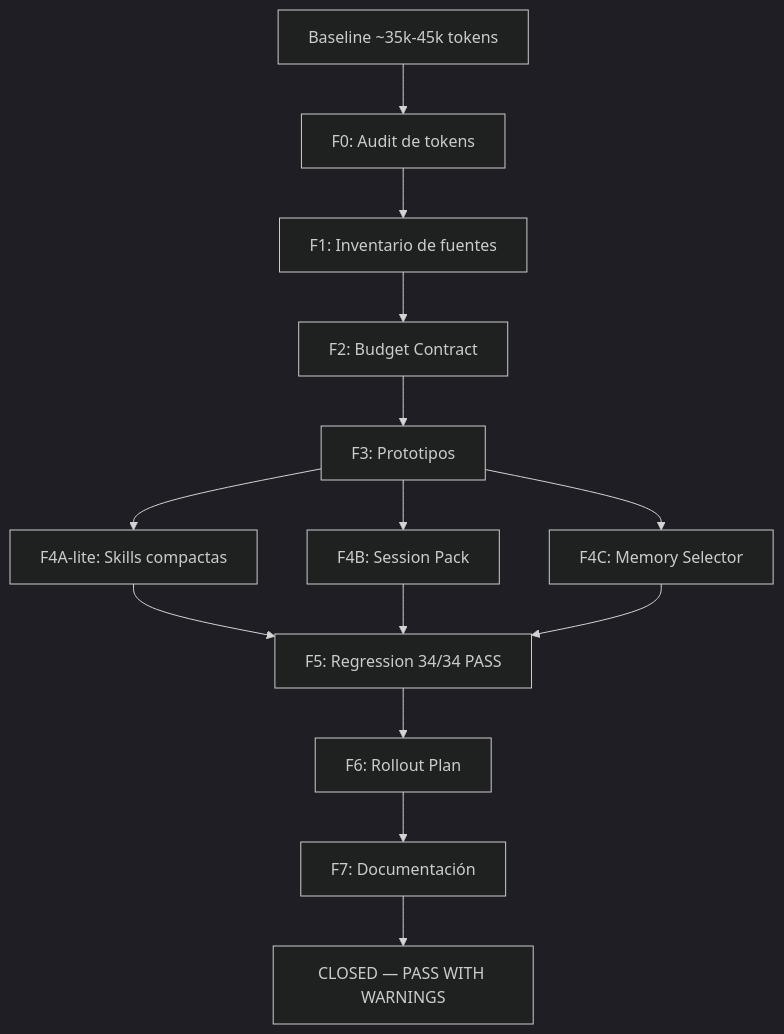
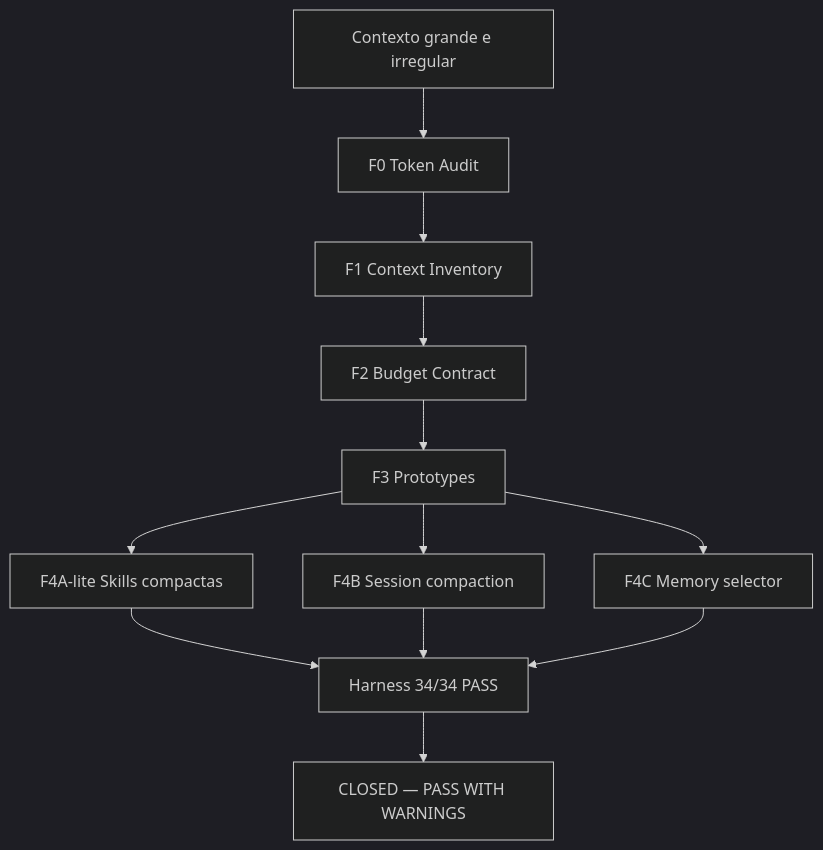
Before and after one commit to harrysxavio/opencode-architecture: the sixth of 9 diagrams in README.md, drawn with Mermaid (dark theme). The commit also changed other lines of this file and 5 other files, not shown here.

````diff
--- a/README.md
+++ b/README.md
@@ -298,16 +367,14 @@
 ```mermaid
 flowchart TD
-    B[Baseline ~35k-45k tokens] --> F0[F0: Audit de tokens]
-    F0 --> F1[F1: Inventario de fuentes]
-    F1 --> F2[F2: Budget Contract]
-    F2 --> F3[F3: Prototipos]
-    F3 --> F4A[F4A-lite: Skills compactas]
-    F3 --> F4B[F4B: Session Pack]
-    F3 --> F4C[F4C: Memory Selector]
-    F4A --> F5[F5: Regression 34/34 PASS]
-    F4B --> F5
-    F4C --> F5
-    F5 --> F6[F6: Rollout Plan]
-    F6 --> F7[F7: Documentación]
-    F7 --> C[CLOSED — PASS WITH WARNINGS]
+    A[Contexto grande e irregular] --> F0[F0 Token Audit]
+    F0 --> F1[F1 Context Inventory]
+    F1 --> F2[F2 Budget Contract]
+    F2 --> F3[F3 Prototypes]
+    F3 --> F4A[F4A-lite Skills compactas]
+    F3 --> F4B[F4B Session compaction]
+    F3 --> F4C[F4C Memory selector]
+    F4A --> H[Harness 34/34 PASS]
+    F4B --> H
+    F4C --> H
+    H --> C[CLOSED — PASS WITH WARNINGS]
 ```
````
